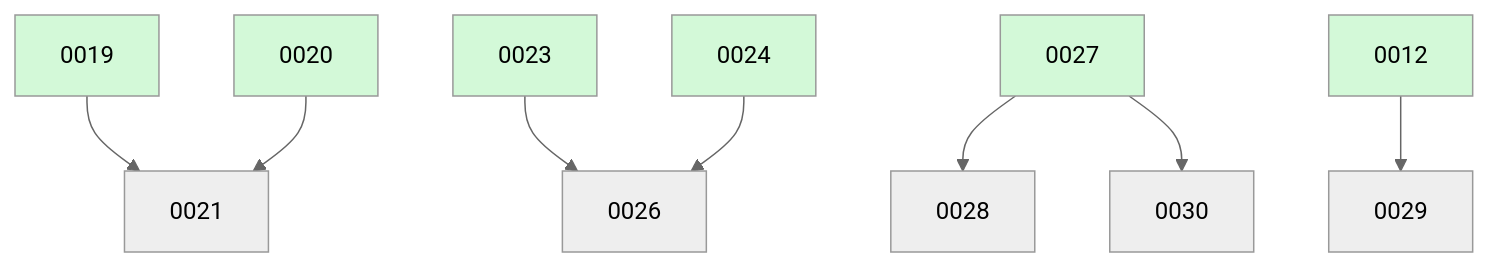
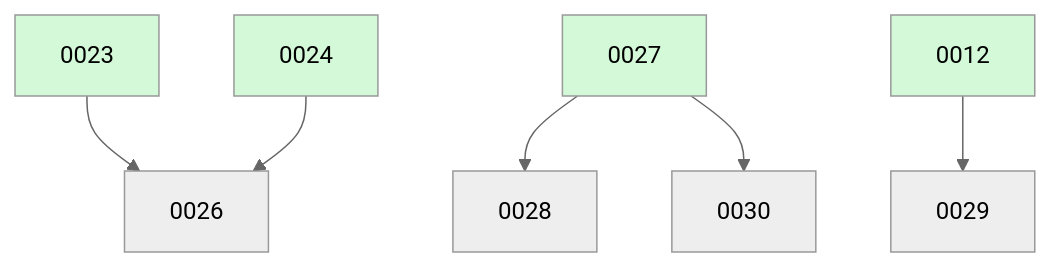
The diagram in docs/changes/BOARD.md (ethanhinson/fuse), drawn with Mermaid (neutral theme) before and after one commit. The commit also changed other lines of this file, not shown here.

````diff
--- a/docs/changes/BOARD.md
+++ b/docs/changes/BOARD.md
@@ -25,17 +19,13 @@
 ```mermaid
 graph TD
-  0019 --> 0021
-  0020 --> 0021
   0023 --> 0026
   0024 --> 0026
   0027 --> 0028
   0012 --> 0029
   0027 --> 0030
   0012:::done
-  0019:::done
-  0020:::done
   0023:::done
   0024:::done
   0027:::done
   classDef done fill:#d3f9d8;
 ```
````
